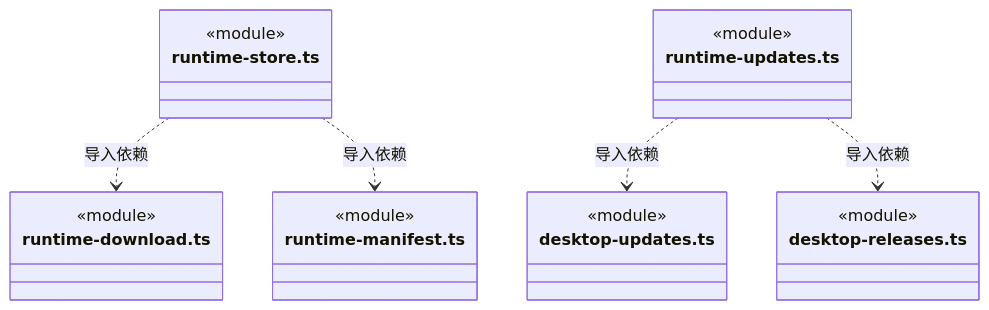
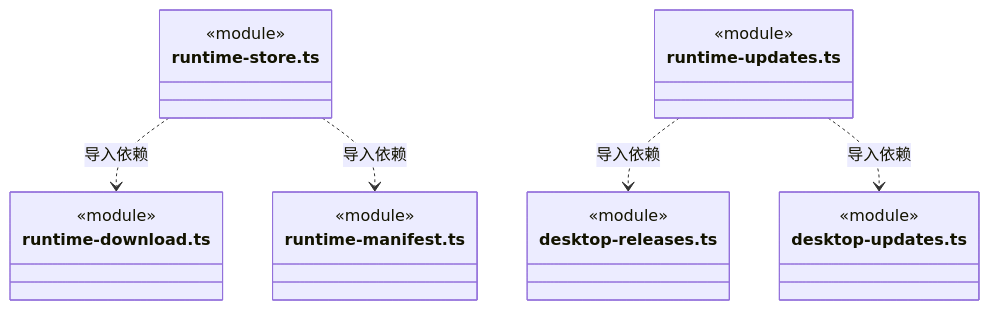
Diagram 27 of 28 in src/logic/updates/service/ARCHITECTURE.md (nan023062/cbim), drawn with Mermaid before and after one commit. The commit also changed other lines of this file and 112 other files, not shown here.

Commit message:
docs: align source architecture with current declarations and contracts

````diff
--- a/src/logic/updates/service/ARCHITECTURE.md
+++ b/src/logic/updates/service/ARCHITECTURE.md
@@ -735,25 +738,25 @@
 ```mermaid
 classDiagram
 class N_src_logic_updates_service_runtime_store_ts["runtime-store.ts"] {
   <<module>>
 }
 class N_src_logic_updates_service_runtime_download_ts["runtime-download.ts"] {
   <<module>>
 }
 class N_src_logic_updates_service_runtime_manifest_ts["runtime-manifest.ts"] {
   <<module>>
 }
 class N_src_logic_updates_service_runtime_updates_ts["runtime-updates.ts"] {
   <<module>>
 }
-class N_src_logic_updates_service_desktop_updates_ts["desktop-updates.ts"] {
+class N_src_logic_updates_service_desktop_releases_ts["desktop-releases.ts"] {
   <<module>>
 }
-class N_src_logic_updates_service_desktop_releases_ts["desktop-releases.ts"] {
+class N_src_logic_updates_service_desktop_updates_ts["desktop-updates.ts"] {
   <<module>>
 }
 N_src_logic_updates_service_runtime_store_ts ..> N_src_logic_updates_service_runtime_download_ts : 导入依赖
 N_src_logic_updates_service_runtime_store_ts ..> N_src_logic_updates_service_runtime_manifest_ts : 导入依赖
+N_src_logic_updates_service_runtime_updates_ts ..> N_src_logic_updates_service_desktop_releases_ts : 导入依赖
 N_src_logic_updates_service_runtime_updates_ts ..> N_src_logic_updates_service_desktop_updates_ts : 导入依赖
-N_src_logic_updates_service_runtime_updates_ts ..> N_src_logic_updates_service_desktop_releases_ts : 导入依赖
 ```
````
